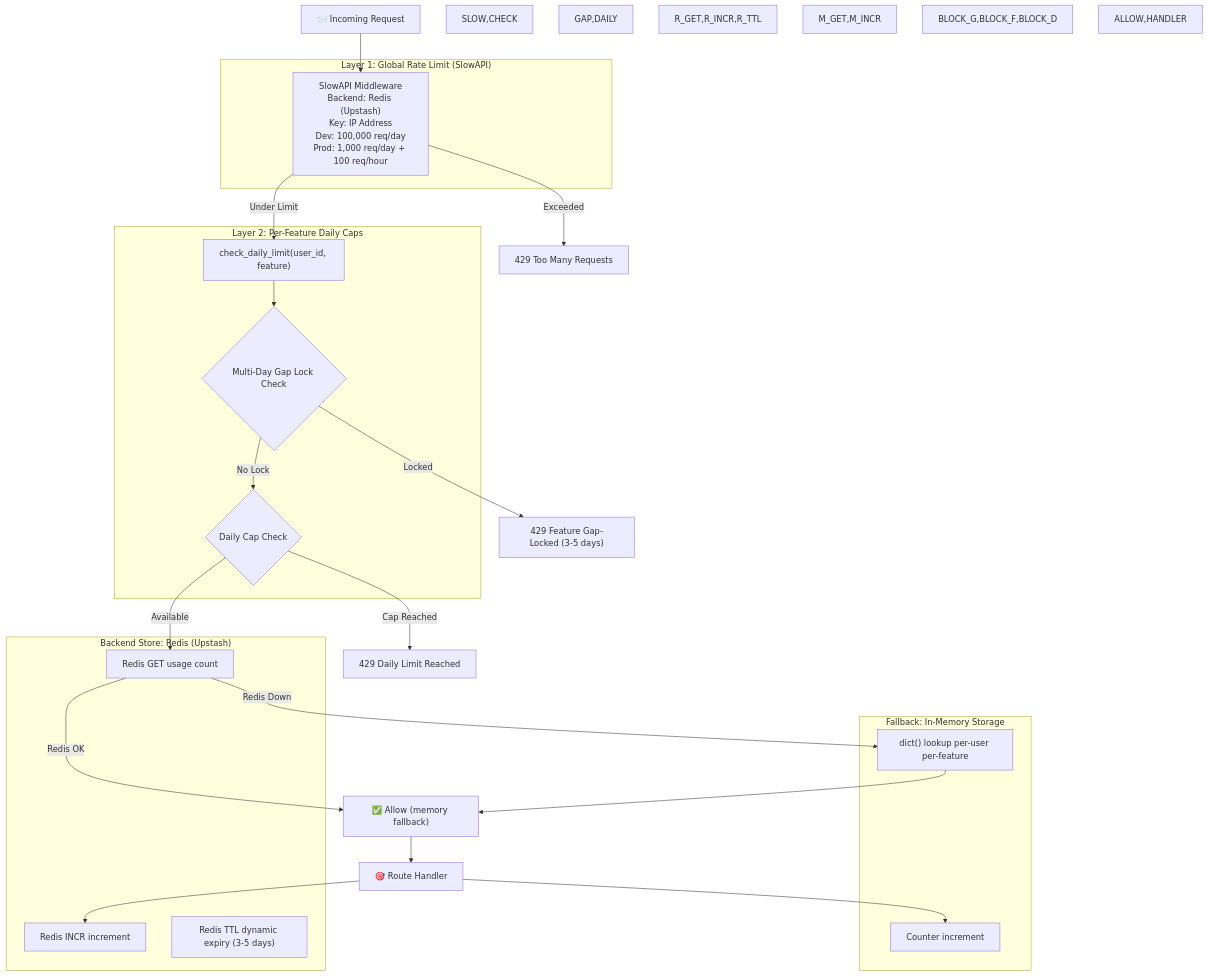
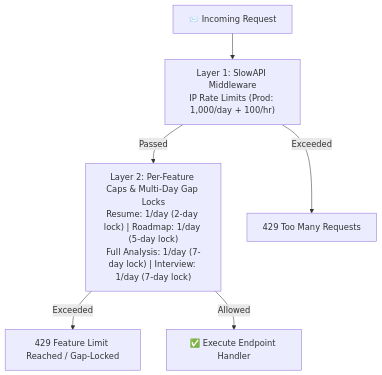
Diagram 24 of 34 in documentation/ARCHITECTURE.md (Anil-Pradhan-web/ai-career-mentor), drawn with Mermaid before and after one commit. The commit also changed other lines of this file, not shown here.

Commit message:
docs: expand ARCHITECTURE.md Data Flows to cover all 6 core workflows and detail Resume & Roadmap RAG pipelines

````diff
--- a/documentation/ARCHITECTURE.md
+++ b/documentation/ARCHITECTURE.md
@@ -1129,58 +1137,10 @@
 ```mermaid
 flowchart TD
-    classDef layer fill:#0ea5e9,color:#fff,stroke:#38bdf8
-    classDef decision fill:#f59e0b,color:#fff,stroke:#d97706
-    classDef block fill:#ef4444,color:#fff,stroke:#dc2626
-    classDef allow fill:#34d399,color:#fff,stroke:#10b981
-
-    REQ["📨 Incoming Request"]
+    REQ["📨 Incoming Request"] --> SLOW["Layer 1: SlowAPI Middleware<br/>IP Rate Limits (Prod: 1,000/day + 100/hr)"]
     
-    subgraph "Layer 1: Global Rate Limit (SlowAPI)"
-        SLOW["SlowAPI Middleware<br/>Backend: Redis (Upstash)<br/>Key: IP Address<br/>Dev: 100,000 req/day<br/>Prod: 1,000 req/day + 100 req/hour"]
-    end
+    SLOW -->|"Passed"| FEAT["Layer 2: Per-Feature Caps & Multi-Day Gap Locks<br/>Resume: 1/day (2-day lock) | Roadmap: 1/day (5-day lock)<br/>Full Analysis: 1/day (7-day lock) | Interview: 1/day (7-day lock)"]
     
-    subgraph "Layer 2: Per-Feature Daily Caps"
-        CHECK["check_daily_limit(user_id, feature)"]
-        
-        GAP{"Multi-Day Gap Lock Check"}
-        DAILY{"Daily Cap Check"}
-    end
-    
-    subgraph "Backend Store: Redis (Upstash)"
-        R_GET["Redis GET usage count"]
-        R_INCR["Redis INCR increment"]
-        R_TTL["Redis TTL dynamic expiry (3-5 days)"]
-    end
-    
-    subgraph "Fallback: In-Memory Storage"
-        M_GET["dict() lookup per-user per-feature"]
-        M_INCR["Counter increment"]
-    end
-    
-    REQ --> SLOW
-    
-    SLOW -->|"Under Limit"| CHECK
-    SLOW -->|"Exceeded"| BLOCK_G["429 Too Many Requests"]
-    
-    CHECK --> GAP
-    
-    GAP -->|"Locked"| BLOCK_F["429 Feature Gap-Locked (3-5 days)"]
-    GAP -->|"No Lock"| DAILY
-    
-    DAILY -->|"Cap Reached"| BLOCK_D["429 Daily Limit Reached"]
-    DAILY -->|"Available"| R_GET
-    
-    R_GET -->|"Redis OK"| ALLOW["✅ Allow Request"]
-    R_GET -->|"Redis Down"| M_GET --> ALLOW["✅ Allow (memory fallback)"]
-    
-    ALLOW --> HANDLER["🎯 Route Handler"]
-    HANDLER --> R_INCR & M_INCR
- 
-    style REQ layer
-    style SLOW,CHECK layer
-    style GAP,DAILY decision
-    style R_GET,R_INCR,R_TTL layer
-    style M_GET,M_INCR layer
-    style BLOCK_G,BLOCK_F,BLOCK_D block
-    style ALLOW,HANDLER allow
+    SLOW -->|"Exceeded"| BLOCK1["429 Too Many Requests"]
+    FEAT -->|"Exceeded"| BLOCK2["429 Feature Limit Reached / Gap-Locked"]
+    FEAT -->|"Allowed"| EXEC["✅ Execute Endpoint Handler"]
 ```
````
